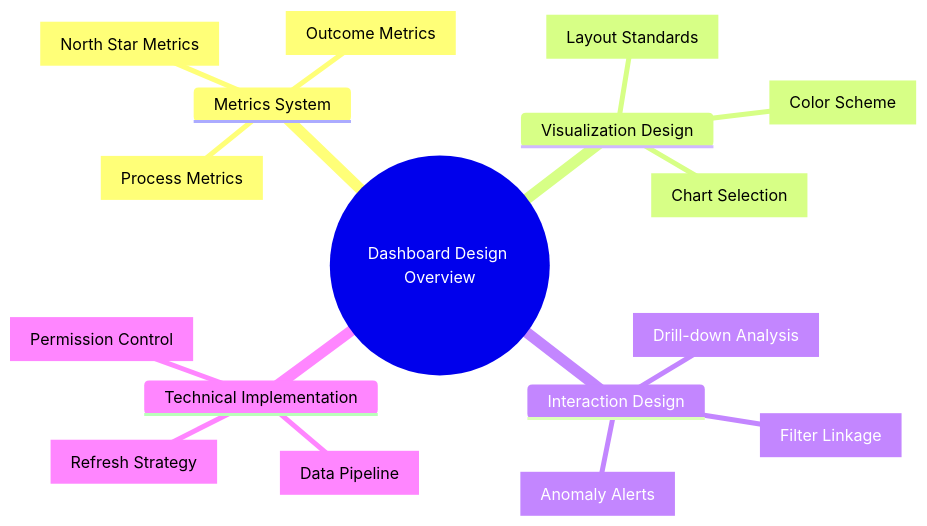
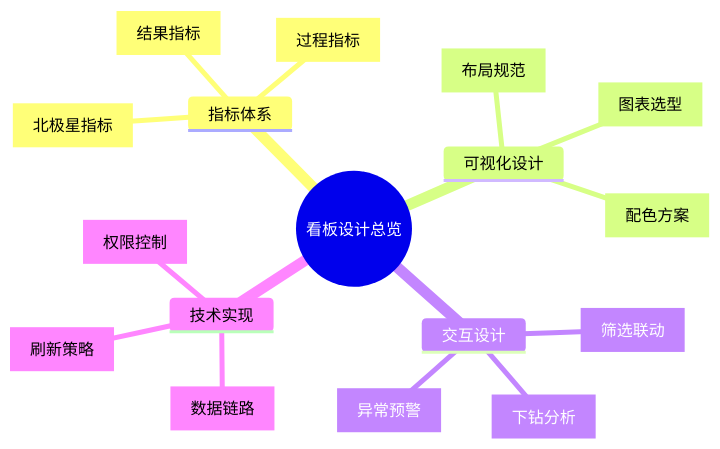
The first of 9 diagrams in templates/Product/Operations/Template-Dashboard.md (Kirky-X/cangjie), drawn with Mermaid before and after one commit. The commit also changed other lines of this file and 33 other files, not shown here.

````diff
--- a/templates/Product/Operations/Template-Dashboard.md
+++ b/templates/Product/Operations/Template-Dashboard.md
@@ -65,22 +65,22 @@
 ```mermaid
 
 
 mindmap
-  root((Dashboard Design Overview))
-    Metrics System
-      [North Star Metrics]
-      [Process Metrics]
-      [Outcome Metrics]
-    Visualization Design
-      [Layout Standards]
-      [Chart Selection]
-      [Color Scheme]
-    Interaction Design
-      [Filter Linkage]
-      [Drill-down Analysis]
-      [Anomaly Alerts]
-    Technical Implementation
-      [Data Pipeline]
-      [Refresh Strategy]
-      [Permission Control]
+  root((看板设计总览))
+    指标体系
+      [北极星指标]
+      [过程指标]
+      [结果指标]
+    可视化设计
+      [布局规范]
+      [图表选型]
+      [配色方案]
+    交互设计
+      [筛选联动]
+      [下钻分析]
+      [异常预警]
+    技术实现
+      [数据链路]
+      [刷新策略]
+      [权限控制]
 ```
````
